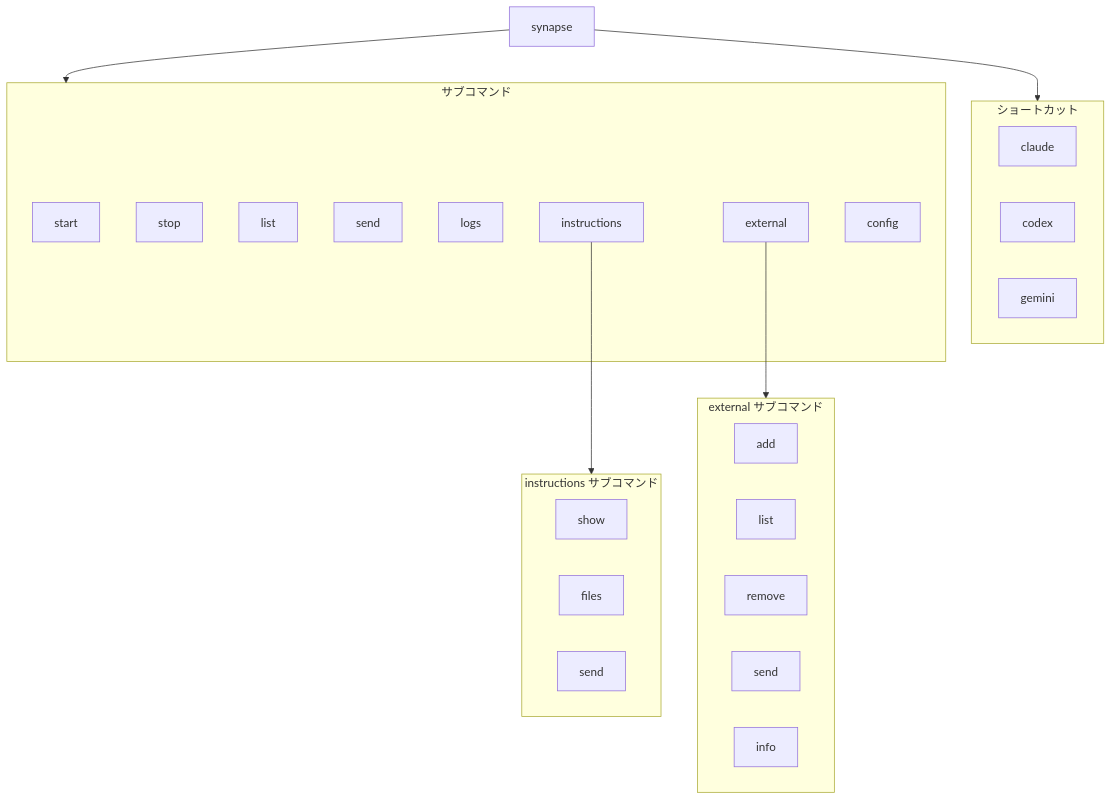
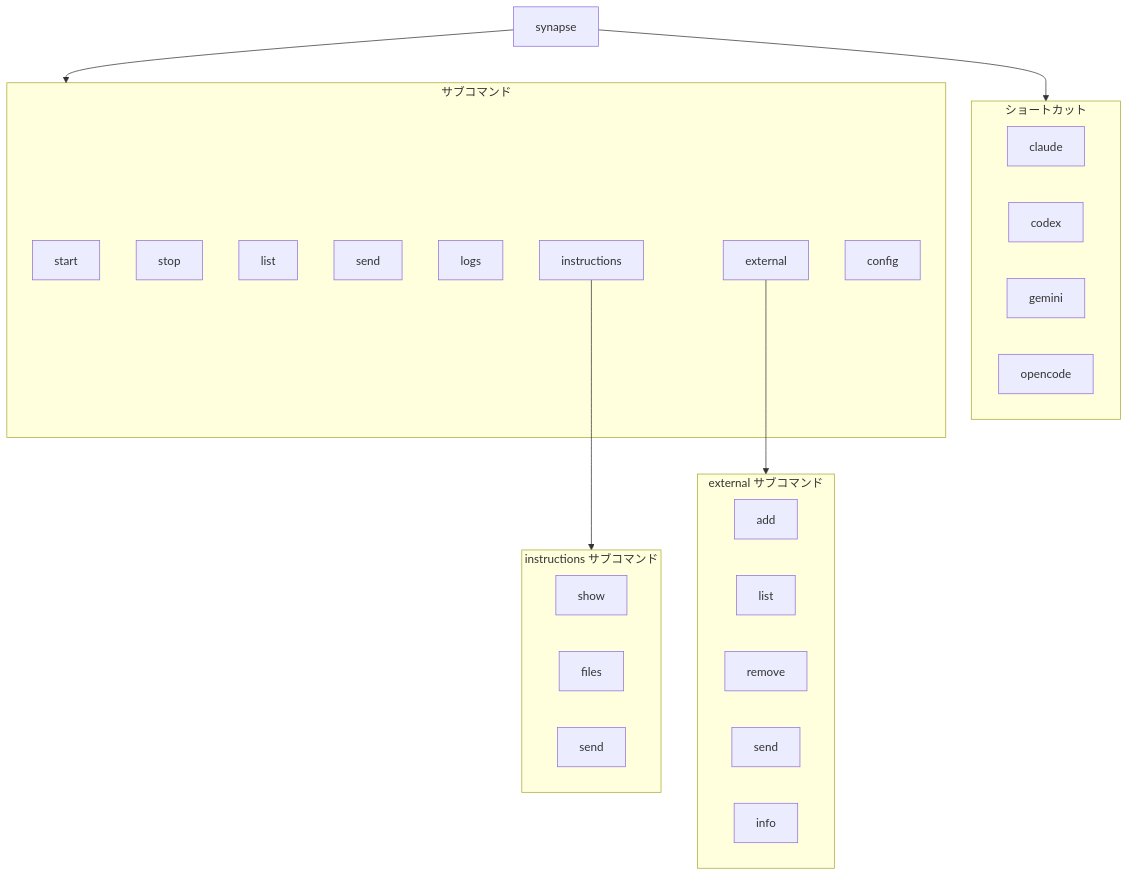
One commit to s-hiraoku/synapse-a2a changed the second of 5 diagrams in guides/usage.md. Above: the diagram before and after it, drawn with Mermaid. The commit also changed other lines of this file and 46 other files, not shown here.

````diff
--- a/guides/usage.md
+++ b/guides/usage.md
@@ -168,40 +169,41 @@
 ```mermaid
 flowchart TB
     synapse["synapse"]
 
     subgraph Shortcuts["ショートカット"]
         claude["claude"]
         codex["codex"]
         gemini["gemini"]
+        opencode["opencode"]
     end
 
     subgraph Commands["サブコマンド"]
         start["start"]
         stop["stop"]
         list["list"]
         send["send"]
         logs["logs"]
         instructions["instructions"]
         external["external"]
         config["config"]
     end
 
     subgraph Instructions["instructions サブコマンド"]
         inst_show["show"]
         inst_files["files"]
         inst_send["send"]
     end
 
     subgraph External["external サブコマンド"]
         ext_add["add"]
         ext_list["list"]
         ext_remove["remove"]
         ext_send["send"]
         ext_info["info"]
     end
 
     synapse --> Shortcuts
     synapse --> Commands
     instructions --> Instructions
     external --> External
 ```
````
